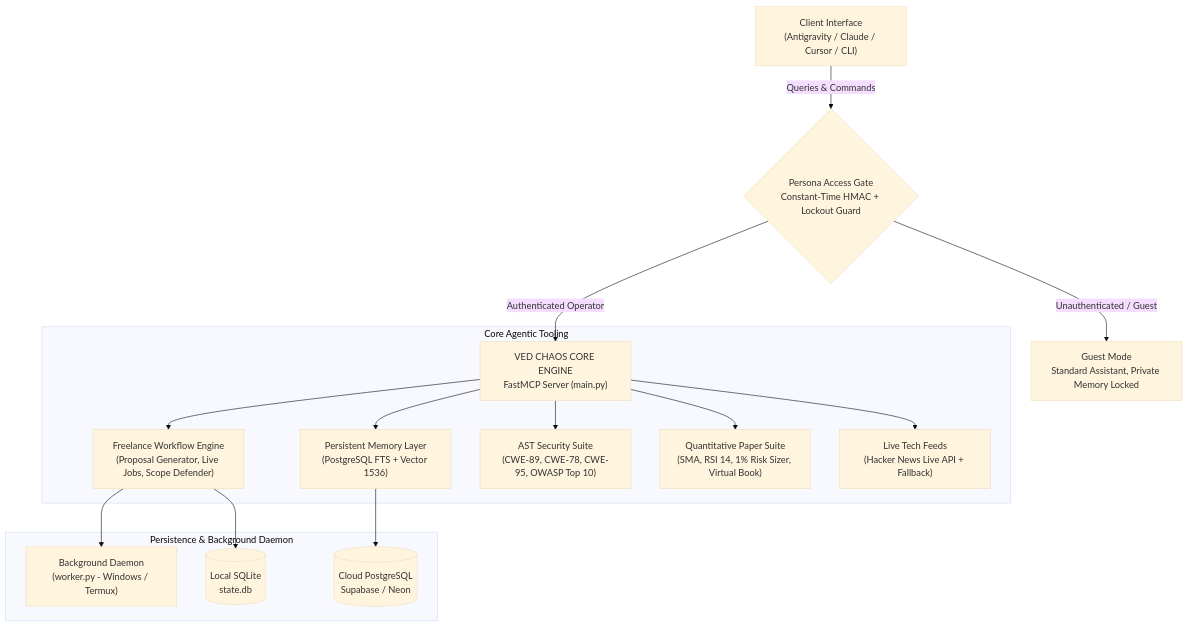
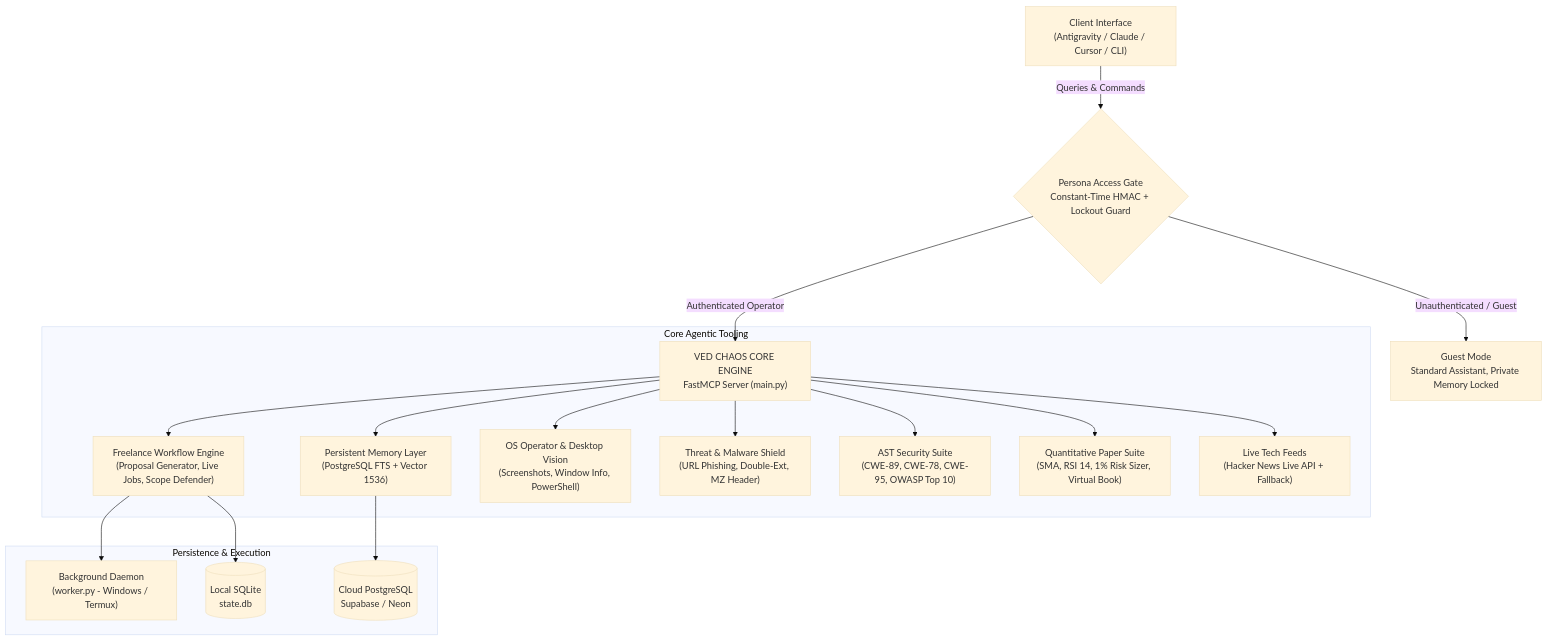
Before and after one commit to vedchaos/ved-chaos-ai: the diagram in README.md, drawn with Mermaid (base theme). The commit also changed other lines of this file and 4 other files, not shown here.

Commit message:
docs: update README about section, architecture diagram, and defensive skills

````diff
--- a/README.md
+++ b/README.md
@@ -45,24 +47,26 @@
 ```mermaid
 graph TD
     User["Client Interface<br/>(Antigravity / Claude / Cursor / CLI)"]
     Gate{"Persona Access Gate<br/>Constant-Time HMAC + Lockout Guard"}
     
     User -->|Queries & Commands| Gate
     
     Gate -->|Unauthenticated / Guest| GuestMode["Guest Mode<br/>Standard Assistant, Private Memory Locked"]
     Gate -->|Authenticated Operator| CoreEngine["VED CHAOS CORE ENGINE<br/>FastMCP Server (main.py)"]
     
     subgraph "Core Agentic Tooling"
         CoreEngine --> Memory["Persistent Memory Layer<br/>(PostgreSQL FTS + Vector 1536)"]
         CoreEngine --> Freelance["Freelance Workflow Engine<br/>(Proposal Generator, Live Jobs, Scope Defender)"]
+        CoreEngine --> OSOperator["OS Operator & Desktop Vision<br/>(Screenshots, Window Info, PowerShell)"]
+        CoreEngine --> ThreatGuard["Threat & Malware Shield<br/>(URL Phishing, Double-Ext, MZ Header)"]
         CoreEngine --> Security["AST Security Suite<br/>(CWE-89, CWE-78, CWE-95, OWASP Top 10)"]
         CoreEngine --> Trading["Quantitative Paper Suite<br/>(SMA, RSI 14, 1% Risk Sizer, Virtual Book)"]
         CoreEngine --> Intel["Live Tech Feeds<br/>(Hacker News Live API + Fallback)"]
     end
 
-    subgraph "Persistence & Background Daemon"
+    subgraph "Persistence & Execution"
         Freelance --> Worker["Background Daemon<br/>(worker.py - Windows / Termux)"]
         Freelance --> LocalDB[(Local SQLite<br/>state.db)]
         Memory --> CloudDB[(Cloud PostgreSQL<br/>Supabase / Neon)]
     end
 ```
````
